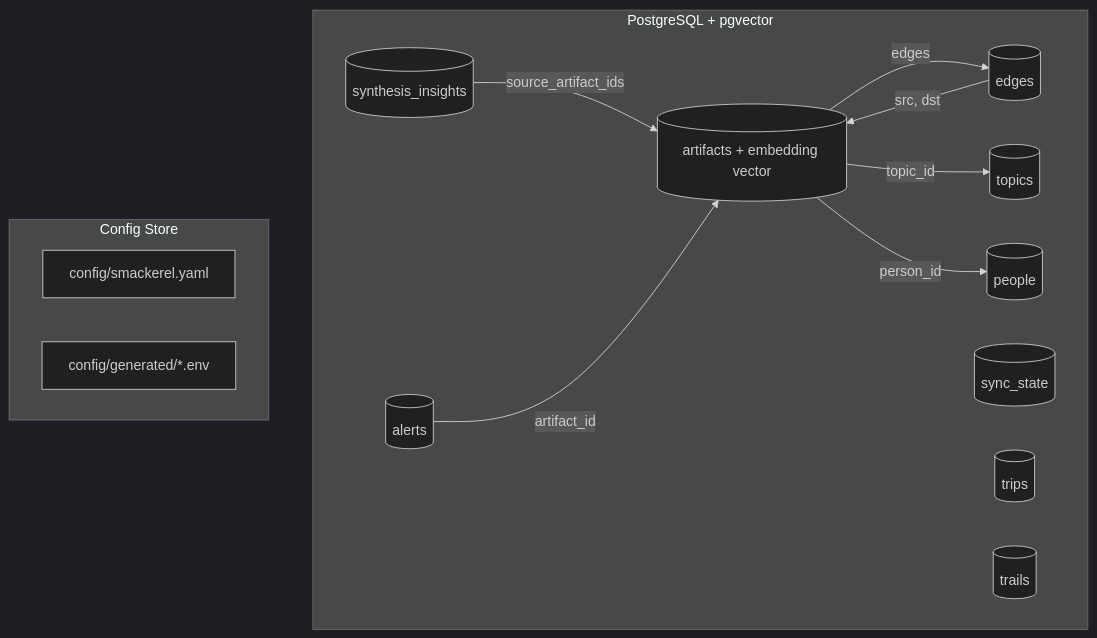
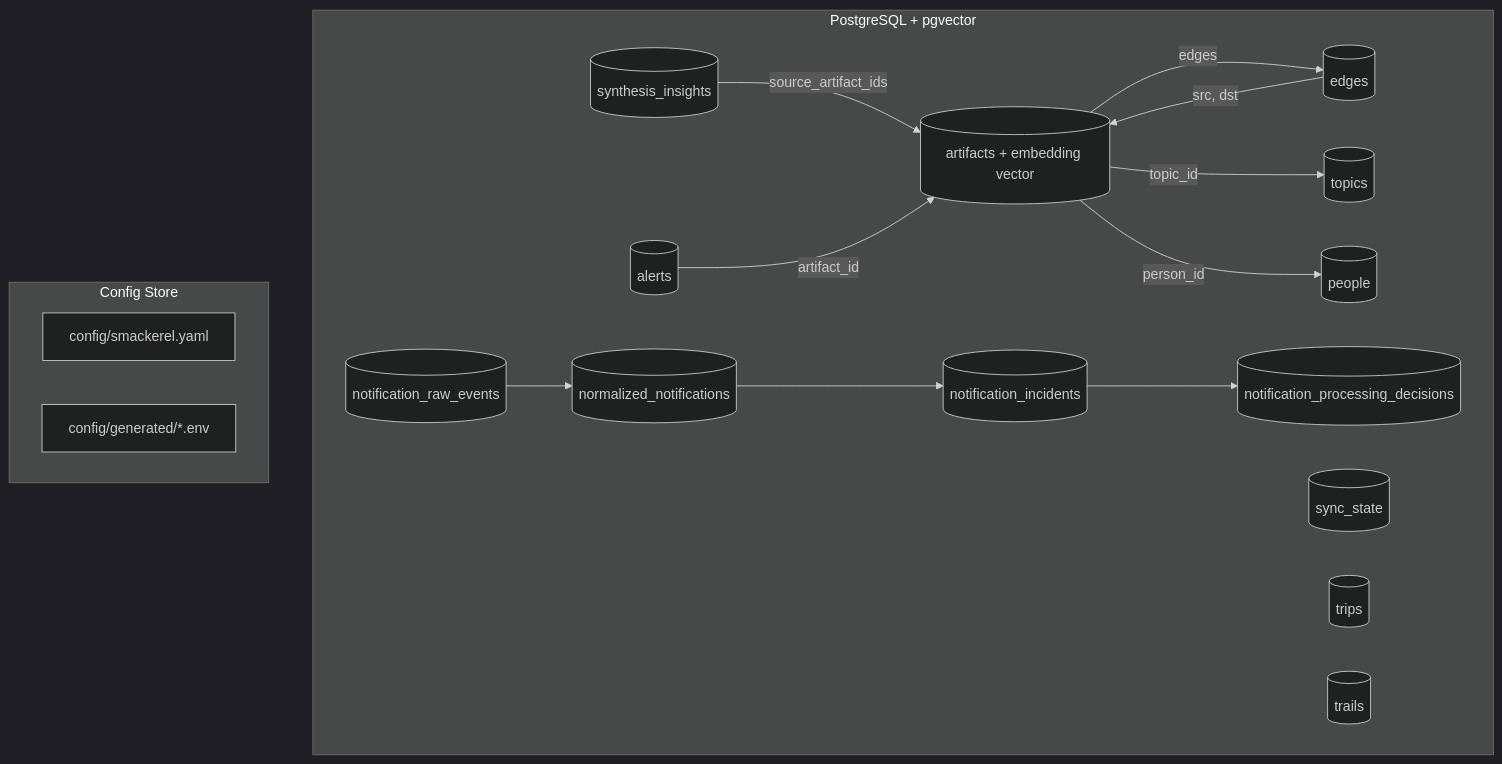
One commit to pkirsanov/smackerel changed the eighth of 14 diagrams in docs/smackerel.md. Above: the diagram before and after it, drawn with Mermaid (dark theme). The commit also changed other lines of this file and 138 other files, not shown here.

````diff
--- a/docs/smackerel.md
+++ b/docs/smackerel.md
@@ -1017,26 +1056,33 @@
 ```mermaid
 graph TD
     subgraph "PostgreSQL + pgvector"
         ART[(artifacts + embedding vector)]
         PEOPLE[(people)]
         TOPICS[(topics)]
         EDGES[(edges)]
         SYNC[(sync_state)]
         INSIGHTS[(synthesis_insights)]
         ALERTS[(alerts)]
+        NRAW[(notification_raw_events)]
+        NNORM[(normalized_notifications)]
+        NINC[(notification_incidents)]
+        NDEC[(notification_processing_decisions)]
         TRIPS[(trips)]
         TRAILS[(trails)]
     end
 
     subgraph "Config Store"
         CONF[config/smackerel.yaml]
         GEN[config/generated/*.env]
     end
 
     ART -->|edges| EDGES
     ART -->|topic_id| TOPICS
     ART -->|person_id| PEOPLE
     EDGES -->|src, dst| ART
     INSIGHTS -->|source_artifact_ids| ART
     ALERTS -->|artifact_id| ART
+    NRAW --> NNORM
+    NNORM --> NINC
+    NINC --> NDEC
 ```
````
